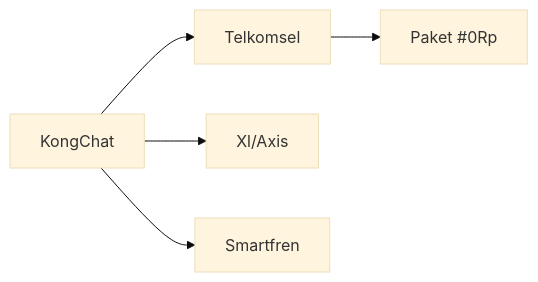
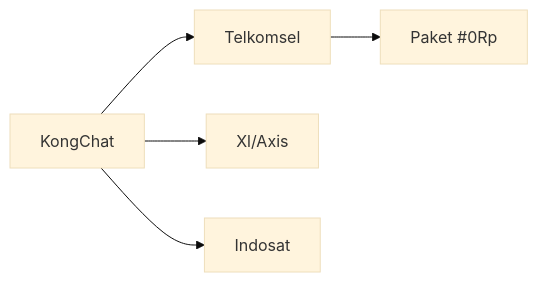
One commit to kongali1720/kongchat-app changed the second of 5 diagrams in README.md. Above: the diagram before and after it, drawn with Mermaid (base theme).

````diff
--- a/README.md
+++ b/README.md
@@ -420,7 +420,7 @@
 ```mermaid
 graph LR
     K[KongChat] --> T[Telkomsel]
     K --> X[Xl/Axis]
-    K --> S[Smartfren]
+    K --> M3[Indosat]
     T --> Z[Paket #0Rp]
 ```
````
